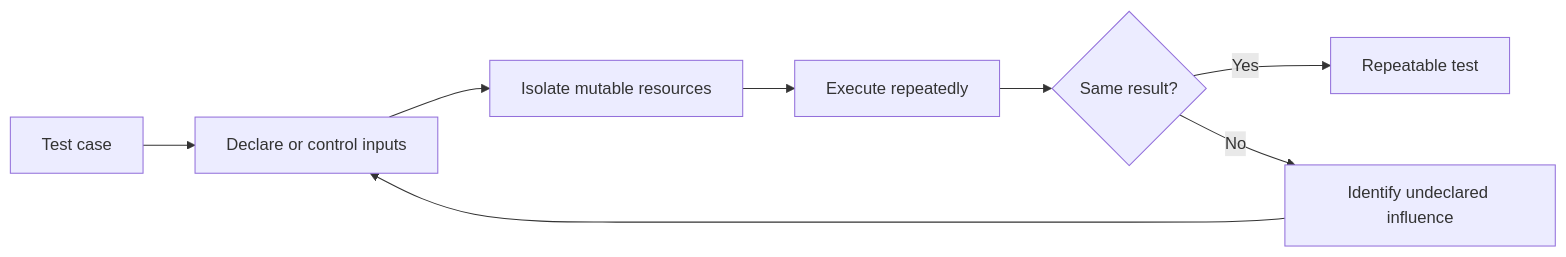
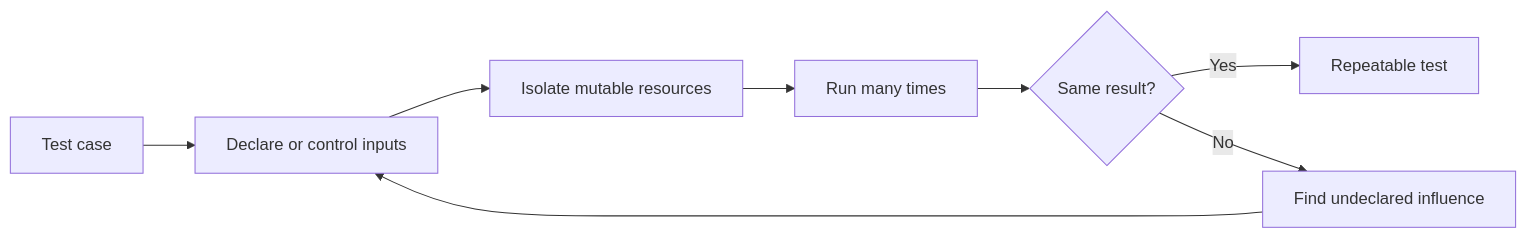
One commit to HomericIntelligence/Athena changed the diagram in docs/principles/details/p027-deterministic-and-hermetic-tests.md. Above: the diagram before and after it, drawn with Mermaid. The commit also changed other lines of this file and 91 other files, not shown here.

````diff
--- a/docs/principles/details/p027-deterministic-and-hermetic-tests.md
+++ b/docs/principles/details/p027-deterministic-and-hermetic-tests.md
@@ -36,10 +37,10 @@
 ```mermaid
 flowchart LR
     Test["Test case"] --> Inputs["Declare or control inputs"]
     Inputs --> Isolate["Isolate mutable resources"]
-    Isolate --> Execute["Execute repeatedly"]
+    Isolate --> Execute["Run many times"]
     Execute --> Same{"Same result?"}
     Same -->|Yes| Valid["Repeatable test"]
-    Same -->|No| Influence["Identify undeclared influence"]
+    Same -->|No| Influence["Find undeclared influence"]
     Influence --> Inputs
 ```
````
